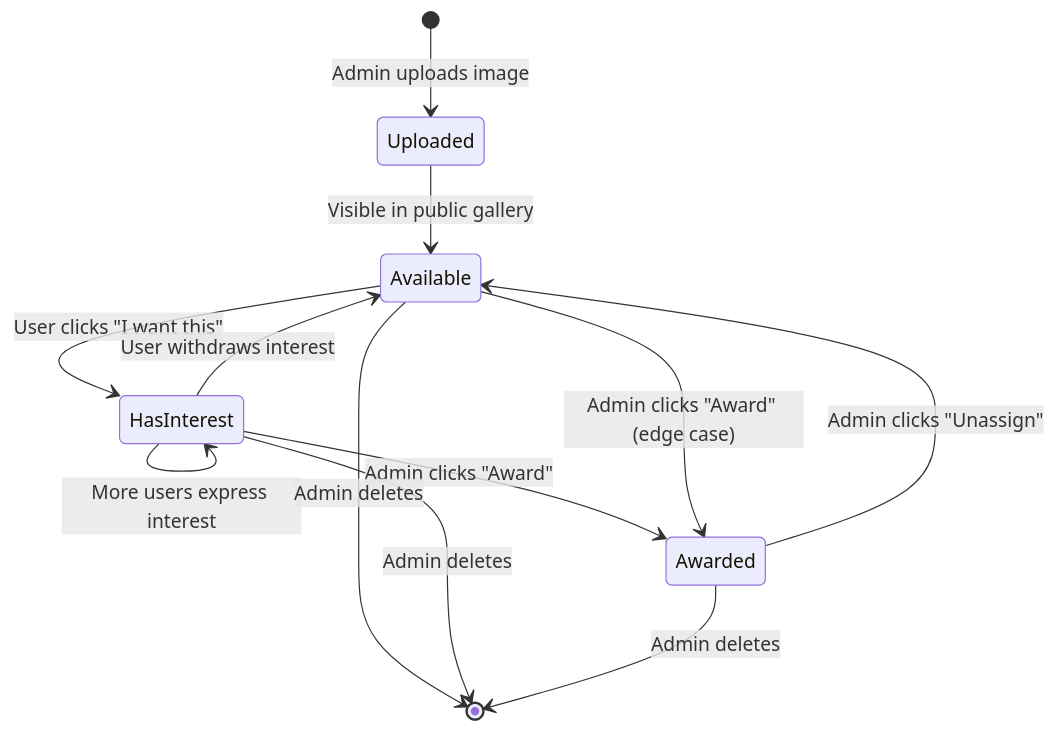
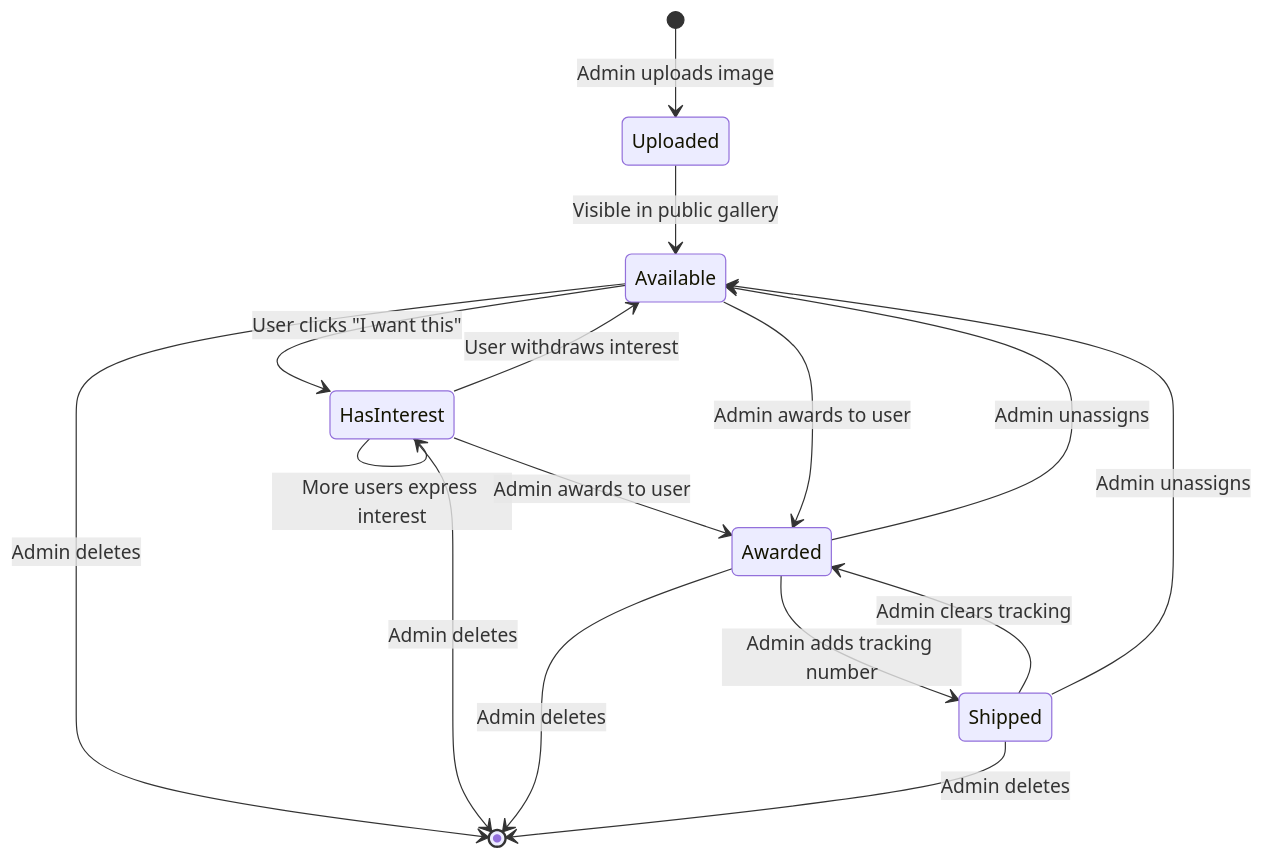
Before and after one commit to robsartin/heirloom: the seventh of 12 diagrams in doc/DEVELOPER.md, drawn with Mermaid. The commit also changed other lines of this file and 5 other files, not shown here.

````diff
--- a/doc/DEVELOPER.md
+++ b/doc/DEVELOPER.md
@@ -183,17 +183,21 @@
 ```mermaid
 stateDiagram-v2
     [*] --> Uploaded: Admin uploads image
     Uploaded --> Available: Visible in public gallery
 
     Available --> HasInterest: User clicks "I want this"
     HasInterest --> Available: User withdraws interest
     HasInterest --> HasInterest: More users express interest
 
-    HasInterest --> Awarded: Admin clicks "Award"
-    Available --> Awarded: Admin clicks "Award" (edge case)
-    Awarded --> Available: Admin clicks "Unassign"
+    HasInterest --> Awarded: Admin awards to user
+    Available --> Awarded: Admin awards to user
+    Awarded --> Shipped: Admin adds tracking number
+    Shipped --> Awarded: Admin clears tracking
+    Awarded --> Available: Admin unassigns
+    Shipped --> Available: Admin unassigns
 
     Available --> [*]: Admin deletes
     HasInterest --> [*]: Admin deletes
     Awarded --> [*]: Admin deletes
+    Shipped --> [*]: Admin deletes
 ```
````
